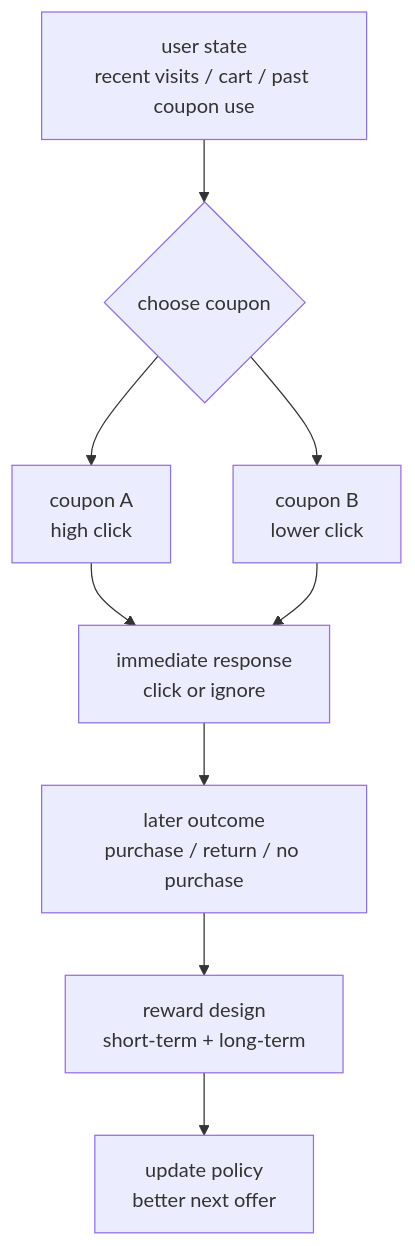
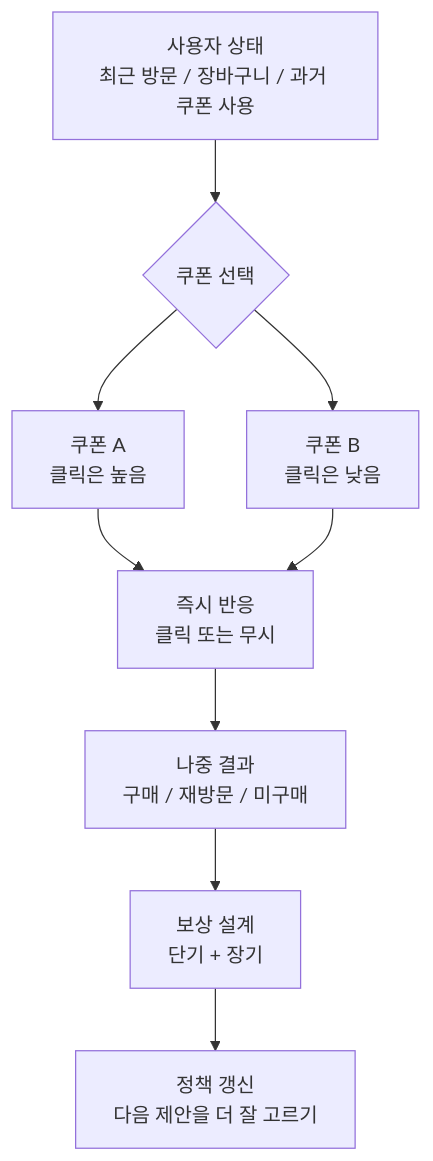
Before and after one commit to devchan64/AiBook: the second of 3 diagrams in docs/parts/part-04/chapter-02/section-03.md, drawn with Mermaid. The commit also changed other lines of this file and 21 other files, not shown here.

````diff
--- a/docs/parts/part-04/chapter-02/section-03.md
+++ b/docs/parts/part-04/chapter-02/section-03.md
@@ -111,20 +111,20 @@
 ```mermaid
 flowchart TD
-  A["user state<br/>recent visits / cart / past coupon use"]
-  B{"choose coupon"}
-  C["coupon A<br/>high click"]
-  D["coupon B<br/>lower click"]
-  E["immediate response<br/>click or ignore"]
-  F["later outcome<br/>purchase / return / no purchase"]
-  G["reward design<br/>short-term + long-term"]
-  H["update policy<br/>better next offer"]
+  A["사용자 상태<br/>최근 방문 / 장바구니 / 과거 쿠폰 사용"]
+  B{"쿠폰 선택"}
+  C["쿠폰 A<br/>클릭은 높음"]
+  D["쿠폰 B<br/>클릭은 낮음"]
+  E["즉시 반응<br/>클릭 또는 무시"]
+  F["나중 결과<br/>구매 / 재방문 / 미구매"]
+  G["보상 설계<br/>단기 + 장기"]
+  H["정책 갱신<br/>다음 제안을 더 잘 고르기"]
 
   A --> B
   B --> C
   B --> D
   C --> E
   D --> E
   E --> F
   F --> G
   G --> H
 ```
````
